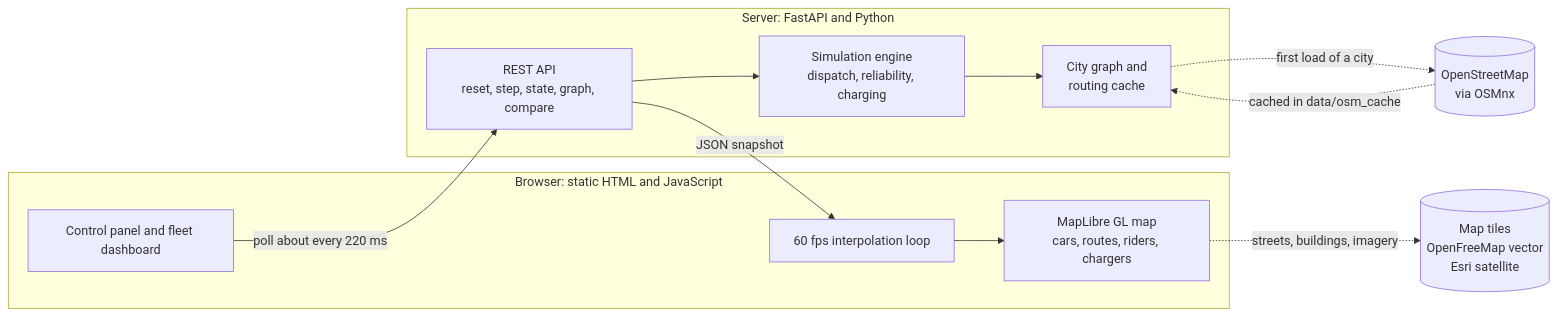
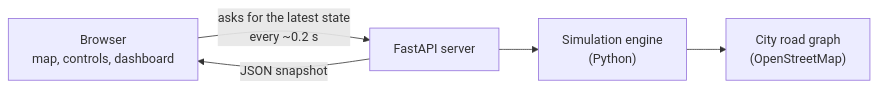
Before and after one commit to Dhillon001/robotaxi-dispatch-sim: the first of 2 diagrams in README.md, drawn with Mermaid. The commit also changed other lines of this file, not shown here.

First line of the commit message:
README: simplify to two diagrams and plain-English explanation; refresh follow-camera docs

````diff
--- a/README.md
+++ b/README.md
@@ -92,26 +60,7 @@
 ```mermaid
 flowchart LR
-  subgraph Browser["Browser: static HTML and JavaScript"]
-    UI["Control panel and fleet dashboard"]
-    ANIM["60 fps interpolation loop"]
-    MAP["MapLibre GL map<br/>cars, routes, riders, chargers"]
-  end
-
-  subgraph Server["Server: FastAPI and Python"]
-    API["REST API<br/>reset, step, state, graph, compare"]
-    SIM["Simulation engine<br/>dispatch, reliability, charging"]
-    CITY["City graph and<br/>routing cache"]
-  end
-
-  OSM[("OpenStreetMap<br/>via OSMnx")]
-  TILES[("Map tiles<br/>OpenFreeMap vector<br/>Esri satellite")]
-
-  UI -->|"poll about every 220 ms"| API
-  API --> SIM
-  SIM --> CITY
-  CITY -.->|"first load of a city"| OSM
-  OSM -.->|"cached in data/osm_cache"| CITY
-  API -->|"JSON snapshot"| ANIM
-  ANIM --> MAP
-  MAP -.->|"streets, buildings, imagery"| TILES
+  B["Browser<br/>map, controls, dashboard"] -->|"asks for the latest state<br/>every ~0.2 s"| S["FastAPI server"]
+  S --> E["Simulation engine<br/>(Python)"]
+  E --> G["City road graph<br/>(OpenStreetMap)"]
+  S -->|"JSON snapshot"| B
 ```
````
